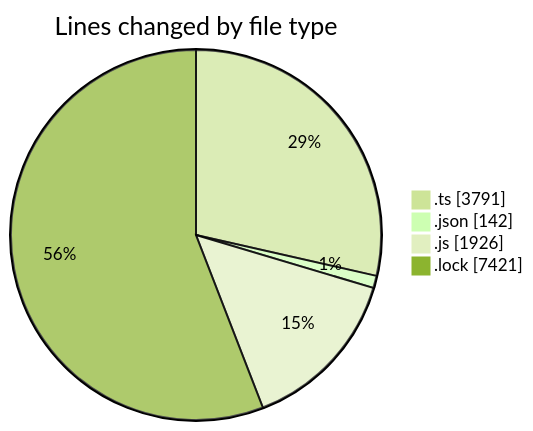
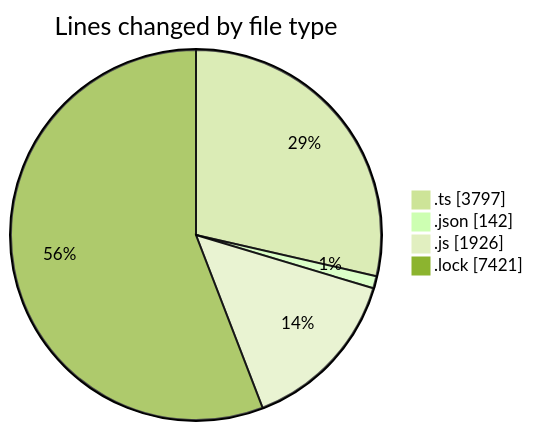
Before and after one commit to momahboobian/code-tracking: the first of 2 diagrams in 2025-07-30/cda/README.md, drawn with Mermaid (forest theme). The commit also changed other lines of this file and 1 other file, not shown here.

````diff
--- a/2025-07-30/cda/README.md
+++ b/2025-07-30/cda/README.md
@@ -29,8 +29,8 @@
 ```mermaid
 pie showData
 title Lines changed by file type
-".ts" : 3791
+".ts" : 3797
 ".json" : 142
 ".js" : 1926
 ".lock" : 7421
 ```
````
